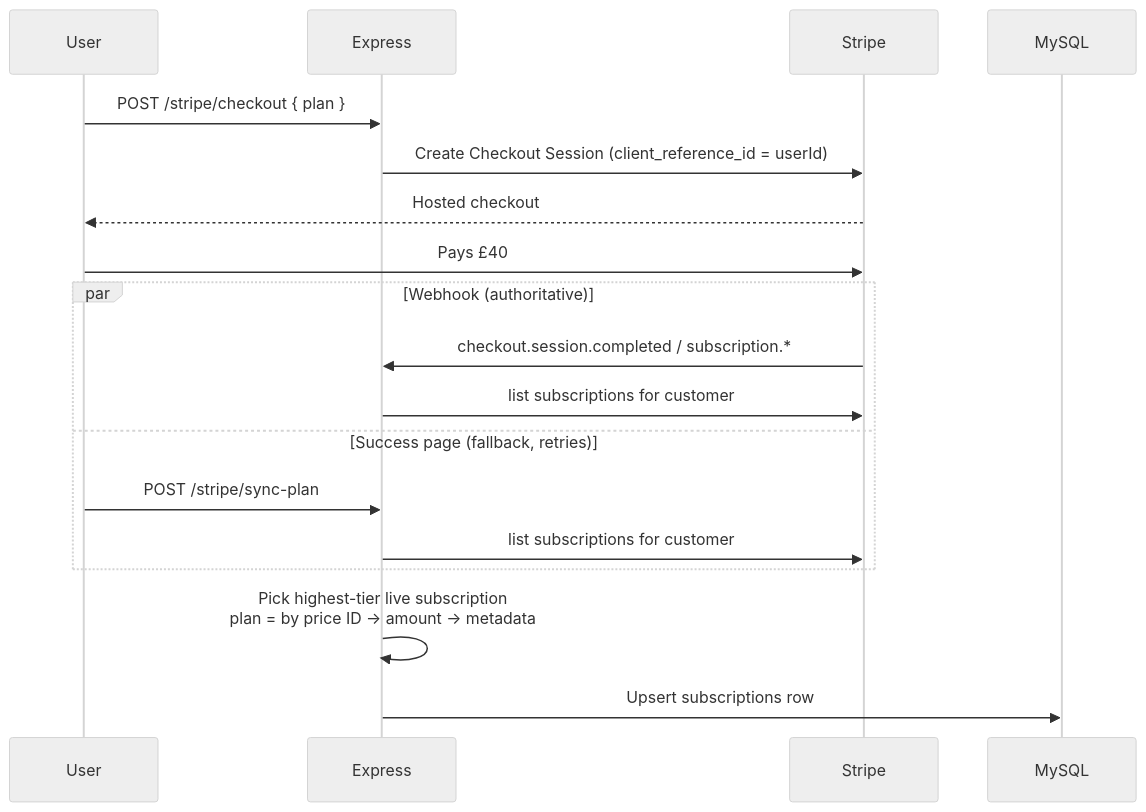
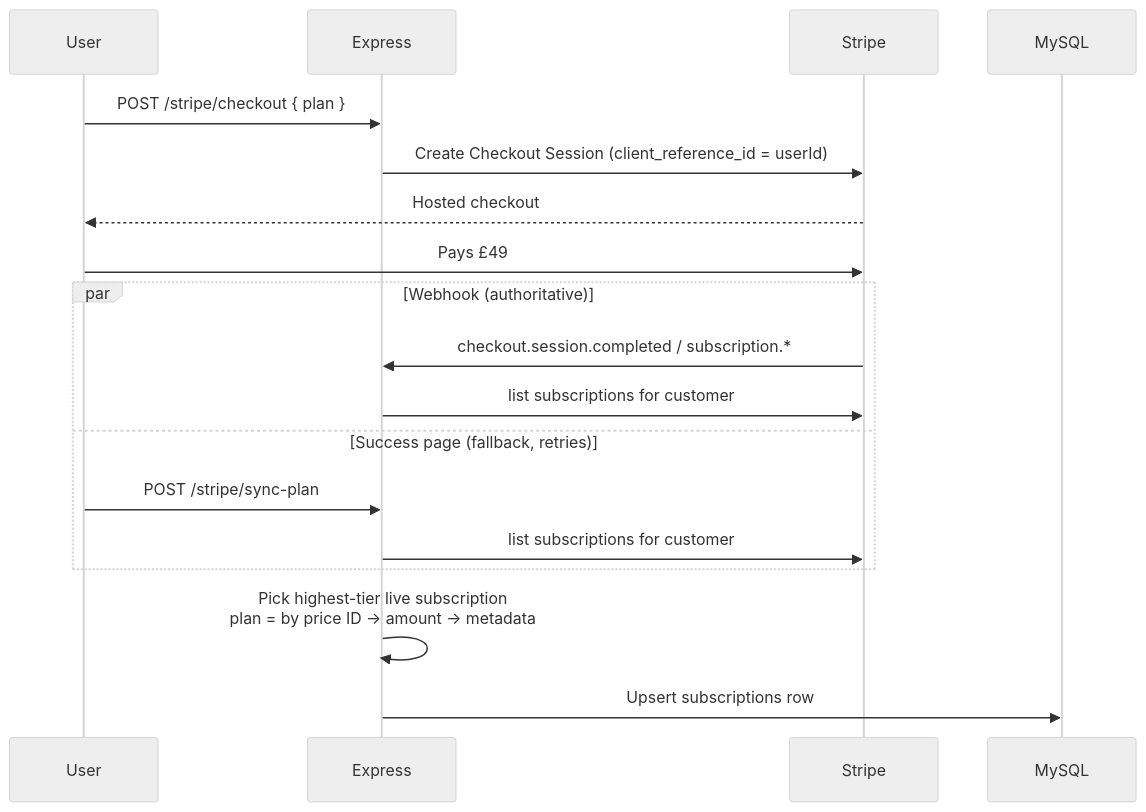
One commit to Samiksha-sudo/Campus_to_corporate changed the third of 5 diagrams in README.md. Above: the diagram before and after it, drawn with Mermaid (neutral theme). The commit also changed other lines of this file and 11 other files, not shown here.

````diff
--- a/README.md
+++ b/README.md
@@ -97,20 +97,20 @@
 ```mermaid
 sequenceDiagram
     participant U as User
     participant API as Express
     participant S as Stripe
     participant DB as MySQL
     U->>API: POST /stripe/checkout { plan }
     API->>S: Create Checkout Session (client_reference_id = userId)
     S-->>U: Hosted checkout
-    U->>S: Pays £40
+    U->>S: Pays £49
     par Webhook (authoritative)
         S->>API: checkout.session.completed / subscription.*
         API->>S: list subscriptions for customer
     and Success page (fallback, retries)
         U->>API: POST /stripe/sync-plan
         API->>S: list subscriptions for customer
     end
     API->>API: Pick highest-tier live subscription<br/>plan = by price ID → amount → metadata
     API->>DB: Upsert subscriptions row
 ```
````
